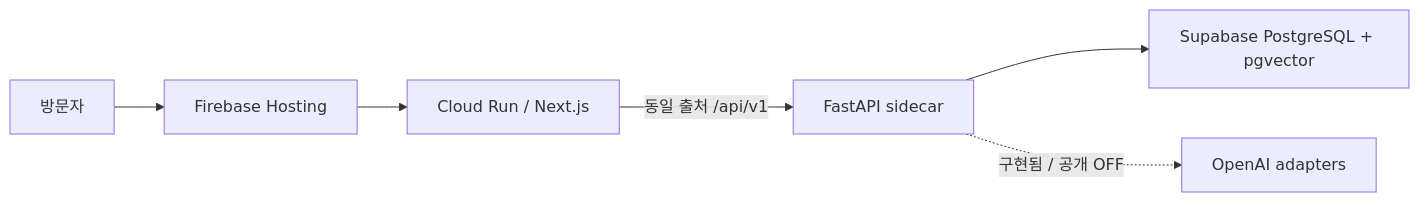
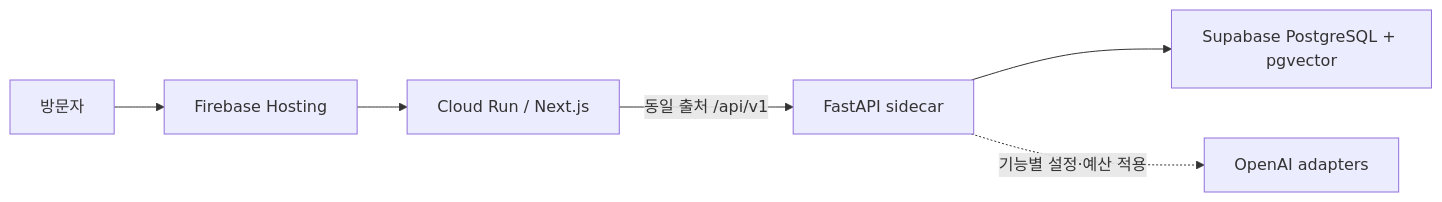
Before and after one commit to tykimdream/JHWorks-AI-Groupware: the first of 2 diagrams in README.md, drawn with Mermaid. The commit also changed other lines of this file and 7 other files, not shown here.

````diff
--- a/README.md
+++ b/README.md
@@ -92,8 +92,8 @@
 ```mermaid
 flowchart LR
     Browser["방문자"] --> Hosting["Firebase Hosting"]
     Hosting --> Web["Cloud Run / Next.js"]
     Web -->|"동일 출처 /api/v1"| API["FastAPI sidecar"]
     API --> DB["Supabase PostgreSQL + pgvector"]
-    API -.->|"구현됨 / 공개 OFF"| AI["OpenAI adapters"]
+    API -.->|"기능별 설정·예산 적용"| AI["OpenAI adapters"]
 ```
````
